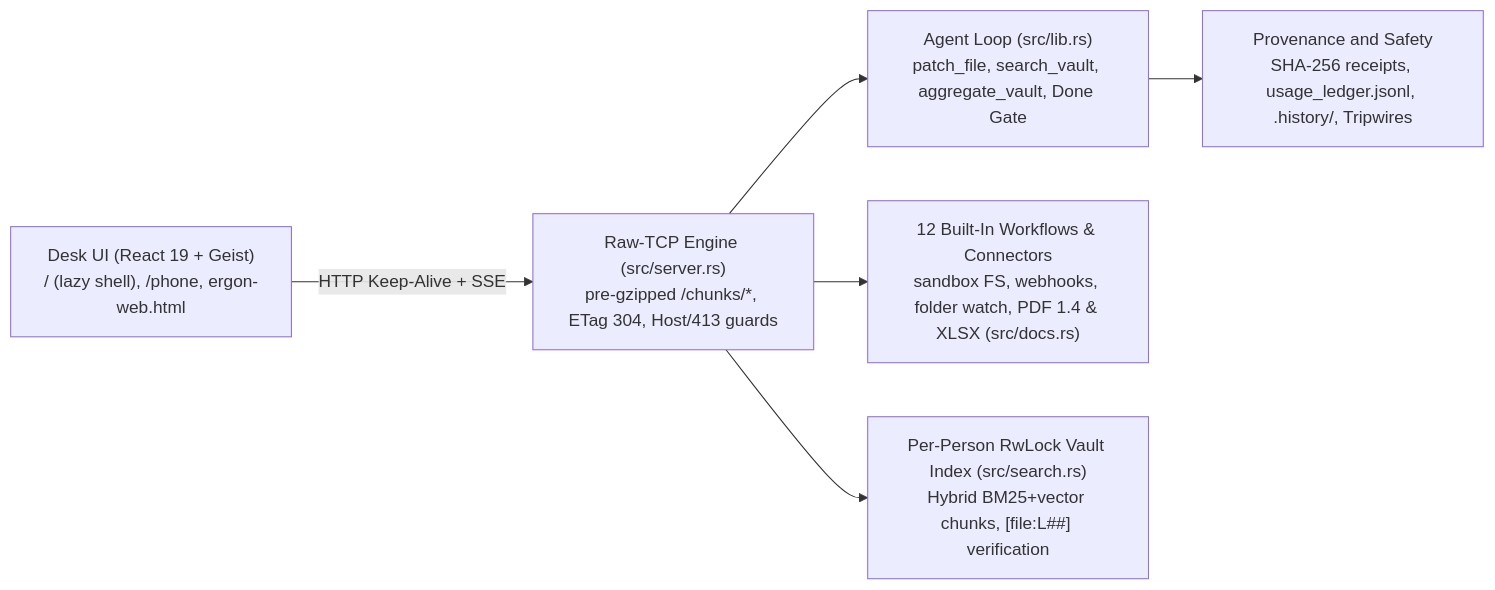
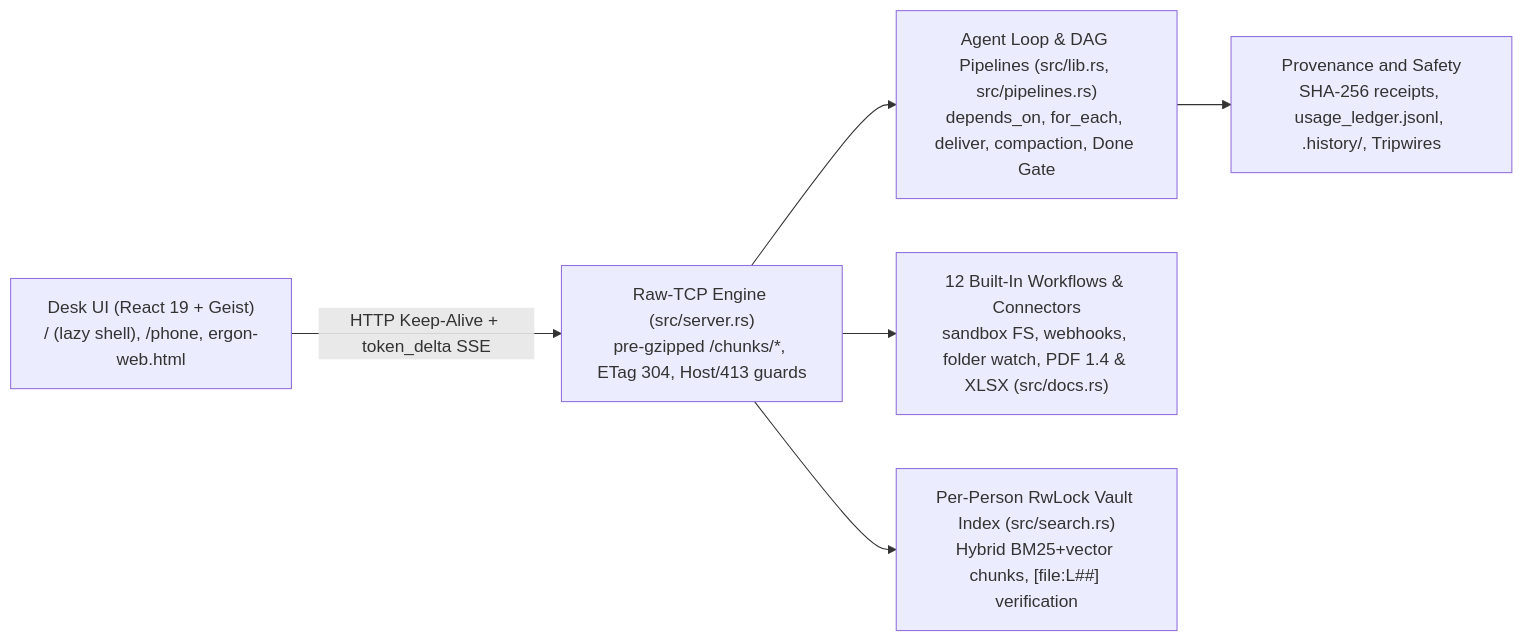
The diagram in README.md (cayleb-james2008/ergon), drawn with Mermaid before and after one commit. The commit also changed other lines of this file and 9 other files, not shown here.

Commit message:
chore(release): prepare v0.35.0 DAG parallel pipelines and token streaming release

````diff
--- a/README.md
+++ b/README.md
@@ -94,8 +102,8 @@
 ```mermaid
 flowchart LR
-  UI["Desk UI (React 19 + Geist)\n/ (lazy shell), /phone, ergon-web.html"] -->|HTTP Keep-Alive + SSE| HTTP["Raw-TCP Engine (src/server.rs)\npre-gzipped /chunks/*, ETag 304, Host/413 guards"]
-  HTTP --> Agent["Agent Loop (src/lib.rs)\npatch_file, search_vault, aggregate_vault, Done Gate"]
+  UI["Desk UI (React 19 + Geist)\n/ (lazy shell), /phone, ergon-web.html"] -->|HTTP Keep-Alive + token_delta SSE| HTTP["Raw-TCP Engine (src/server.rs)\npre-gzipped /chunks/*, ETag 304, Host/413 guards"]
+  HTTP --> Agent["Agent Loop & DAG Pipelines (src/lib.rs, src/pipelines.rs)\ndepends_on, for_each, deliver, compaction, Done Gate"]
   HTTP --> Workflows["12 Built-In Workflows & Connectors\nsandbox FS, webhooks, folder watch, PDF 1.4 & XLSX (src/docs.rs)"]
   HTTP --> Index["Per-Person RwLock Vault Index (src/search.rs)\nHybrid BM25+vector chunks, [file:L##] verification"]
   Agent --> Ledger["Provenance and Safety\nSHA-256 receipts, usage_ledger.jsonl, .history/, Tripwires"]
 ```
````
